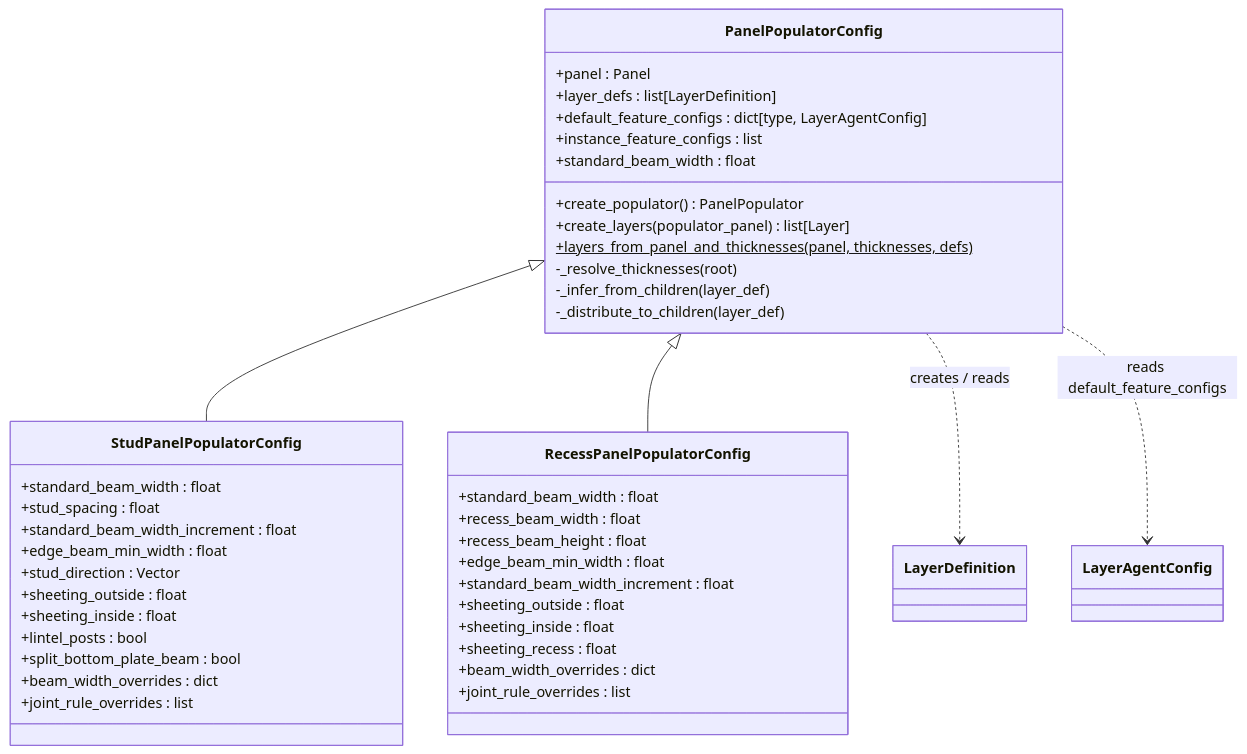
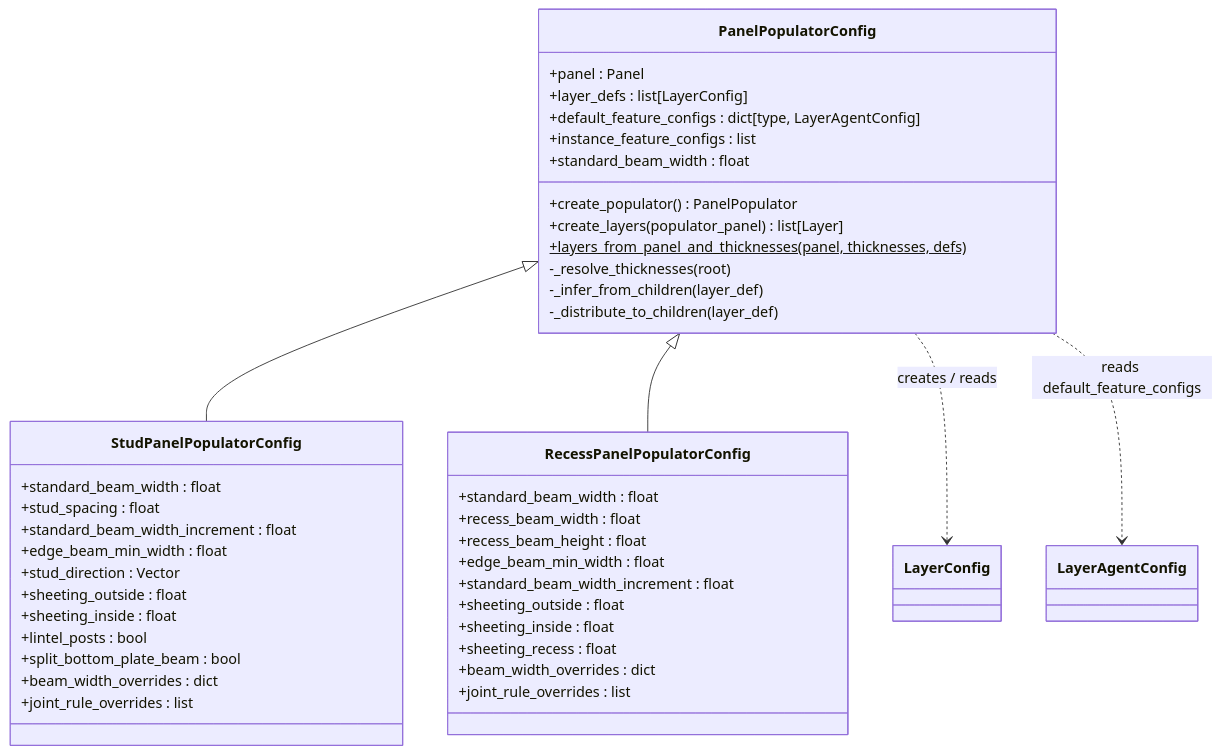
The second of 7 diagrams in docs/contribution/class_diagrams.md (gramaziokohler/timber_design), drawn with Mermaid before and after one commit. The commit also changed other lines of this file and 34 other files, not shown here.

````diff
--- a/docs/contribution/class_diagrams.md
+++ b/docs/contribution/class_diagrams.md
@@ -94,49 +94,49 @@
 ```mermaid
 classDiagram
 
     class PanelPopulatorConfig {
         +panel : Panel
-        +layer_defs : list[LayerDefinition]
+        +layer_defs : list[LayerConfig]
         +default_feature_configs : dict[type, LayerAgentConfig]
         +instance_feature_configs : list
         +standard_beam_width : float
         +create_populator() PanelPopulator
         +create_layers(populator_panel) list[Layer]
         +layers_from_panel_and_thicknesses(panel, thicknesses, defs)$
         -_resolve_thicknesses(root)
         -_infer_from_children(layer_def)
         -_distribute_to_children(layer_def)
     }
 
     class StudPanelPopulatorConfig {
         +standard_beam_width : float
         +stud_spacing : float
         +standard_beam_width_increment : float
         +edge_beam_min_width : float
         +stud_direction : Vector
         +sheeting_outside : float
         +sheeting_inside : float
         +lintel_posts : bool
         +split_bottom_plate_beam : bool
         +beam_width_overrides : dict
         +joint_rule_overrides : list
     }
 
     class RecessPanelPopulatorConfig {
         +standard_beam_width : float
         +recess_beam_width : float
         +recess_beam_height : float
         +edge_beam_min_width : float
         +standard_beam_width_increment : float
         +sheeting_outside : float
         +sheeting_inside : float
         +sheeting_recess : float
         +beam_width_overrides : dict
         +joint_rule_overrides : list
     }
 
     PanelPopulatorConfig <|-- StudPanelPopulatorConfig
     PanelPopulatorConfig <|-- RecessPanelPopulatorConfig
-    PanelPopulatorConfig ..> LayerDefinition : creates / reads
+    PanelPopulatorConfig ..> LayerConfig : creates / reads
     PanelPopulatorConfig ..> LayerAgentConfig : reads default_feature_configs
 ```
````
